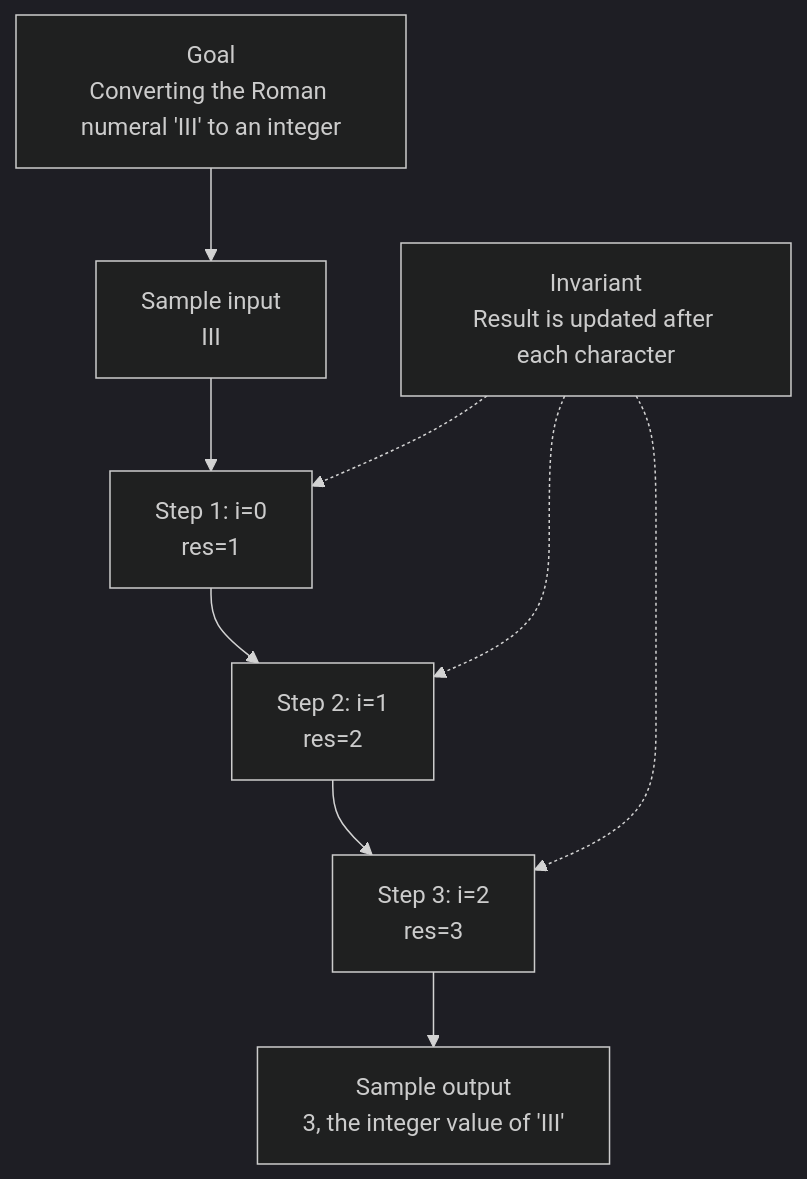
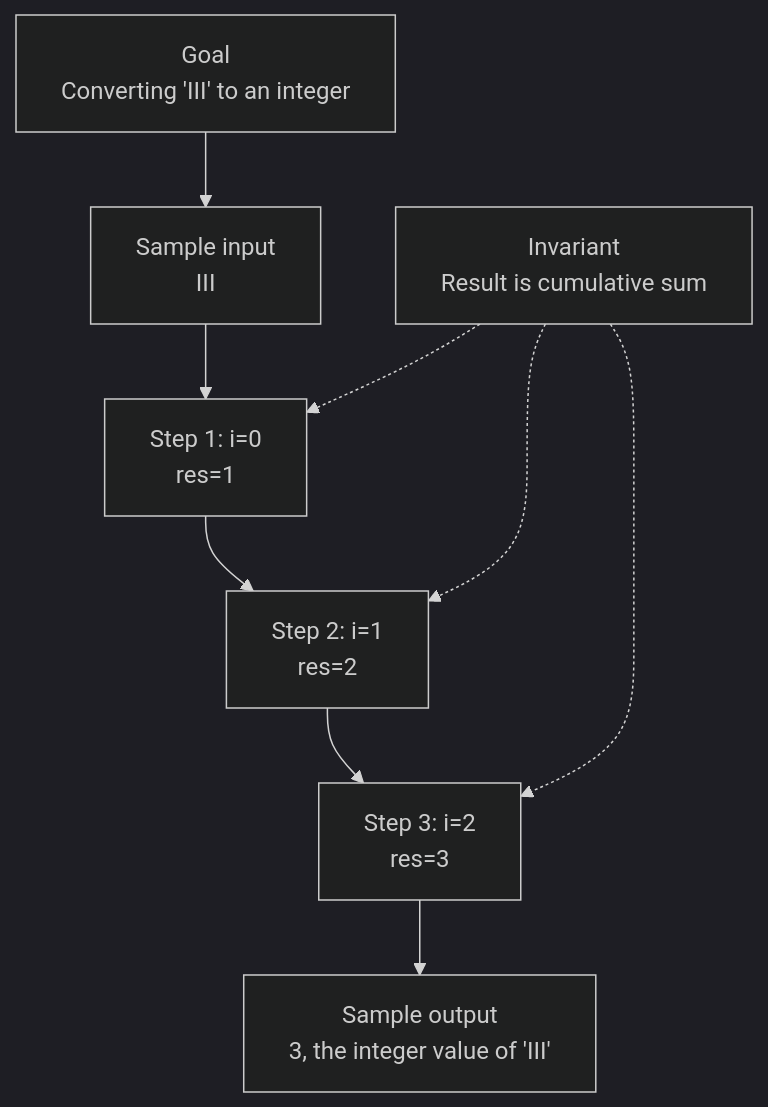
Before and after one commit to daanniill/leetcode_sols: the diagram in 0013-roman-to-integer/README.md, drawn with Mermaid (dark theme). The commit also changed other lines of this file and 2 other files, not shown here.

Commit message:
solve: 13. Roman to Integer (Easy)

````diff
--- a/0013-roman-to-integer/README.md
+++ b/0013-roman-to-integer/README.md
@@ -19,14 +19,14 @@
 ```mermaid
 flowchart TD
-  n0["Goal<br/>Converting the Roman numeral 'III' to an integer"]
+  n0["Goal<br/>Converting 'III' to an integer"]
   n1["Sample input<br/>III"]
   n2["Step 1: i=0<br/>res=1"]
   n3["Step 2: i=1<br/>res=2"]
   n4["Step 3: i=2<br/>res=3"]
   n5["Sample output<br/>3, the integer value of 'III'"]
-  inv["Invariant<br/>Result is updated after each character"]
+  inv["Invariant<br/>Result is cumulative sum"]
   n0 --> n1 --> n2 --> n3 --> n4 --> n5
   inv -.-> n2
   inv -.-> n3
   inv -.-> n4
 ```
````
